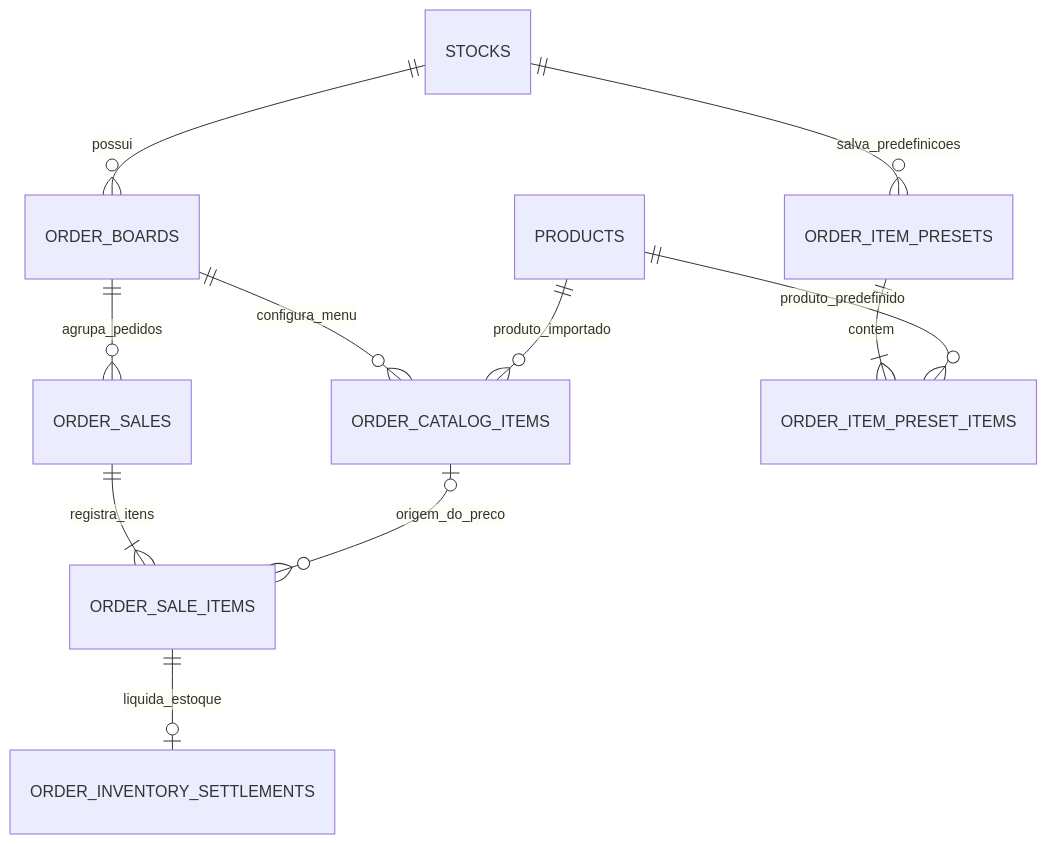
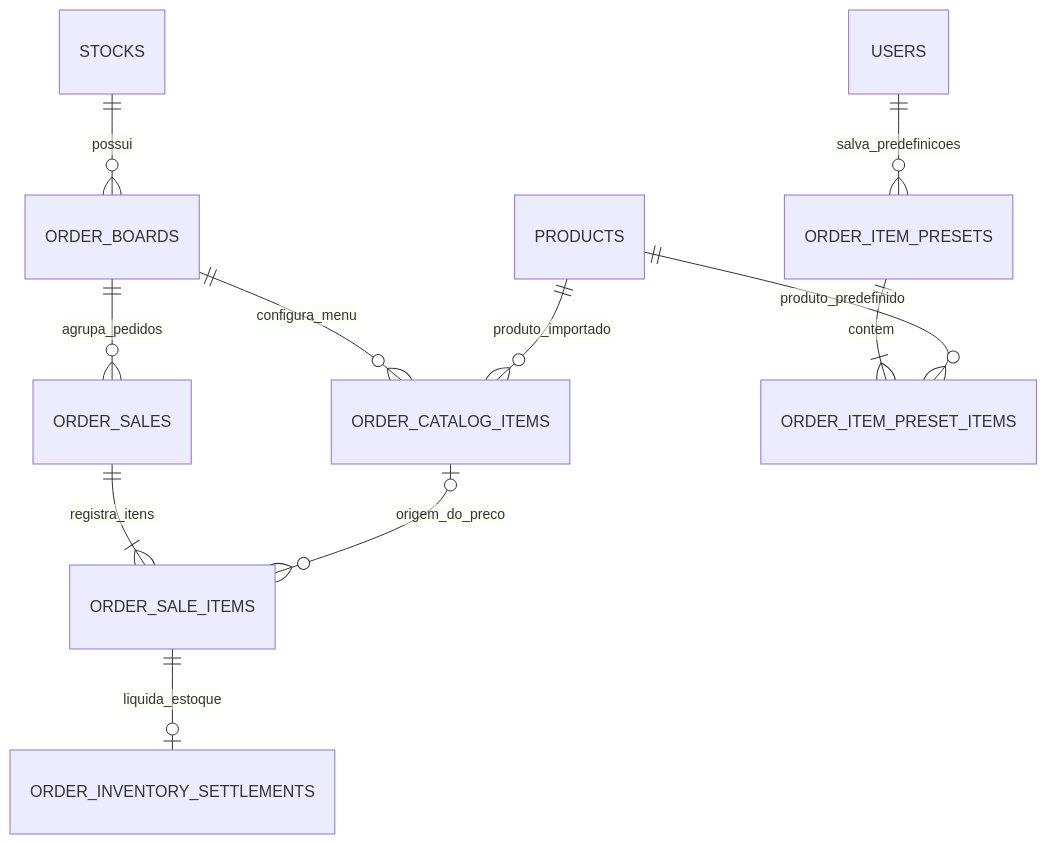
One commit to SiriusKamp/Acompanhamento-Pedidos changed the diagram in supabase/ARQUITETURA.md. Above: the diagram before and after it, drawn with Mermaid. The commit also changed other lines of this file and 4 other files, not shown here.

````diff
--- a/supabase/ARQUITETURA.md
+++ b/supabase/ARQUITETURA.md
@@ -5,13 +5,13 @@
 ```mermaid
 erDiagram
   STOCKS ||--o{ ORDER_BOARDS : possui
   ORDER_BOARDS ||--o{ ORDER_CATALOG_ITEMS : configura_menu
   PRODUCTS ||--o{ ORDER_CATALOG_ITEMS : produto_importado
   ORDER_BOARDS ||--o{ ORDER_SALES : agrupa_pedidos
   ORDER_SALES ||--|{ ORDER_SALE_ITEMS : registra_itens
   ORDER_SALE_ITEMS ||--o| ORDER_INVENTORY_SETTLEMENTS : liquida_estoque
   ORDER_CATALOG_ITEMS o|--o{ ORDER_SALE_ITEMS : origem_do_preco
-  STOCKS ||--o{ ORDER_ITEM_PRESETS : salva_predefinicoes
+  USERS ||--o{ ORDER_ITEM_PRESETS : salva_predefinicoes
   ORDER_ITEM_PRESETS ||--|{ ORDER_ITEM_PRESET_ITEMS : contem
   PRODUCTS ||--o{ ORDER_ITEM_PRESET_ITEMS : produto_predefinido
 ```
````
